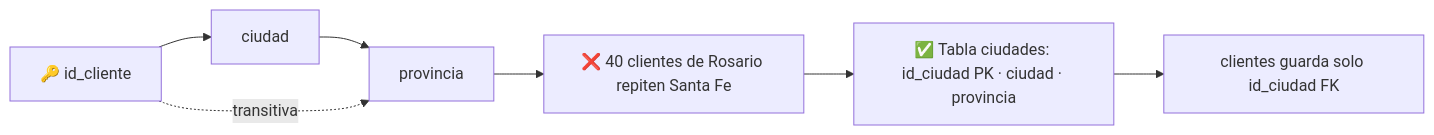
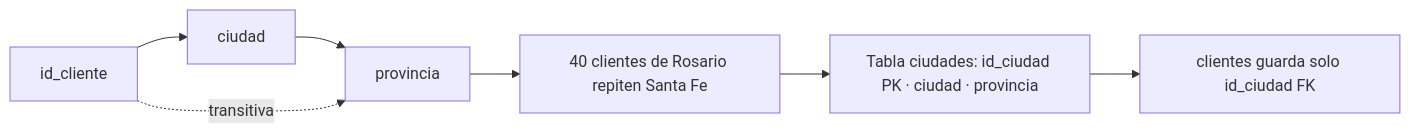
Before and after one commit to leanaraque/data_analytics_2026: diagram 17 of 18 in documentacion/Semana-02-Esquemas-Conceptos.md, drawn with Mermaid. The commit also changed other lines of this file and 109 other files, not shown here.

````diff
--- a/documentacion/Semana-02-Esquemas-Conceptos.md
+++ b/documentacion/Semana-02-Esquemas-Conceptos.md
@@ -333,10 +333,10 @@
 ```mermaid
 flowchart LR
-    A["🔑 id_cliente"] --> B["ciudad"]
+    A["id_cliente"] --> B["ciudad"]
     B --> C["provincia"]
     A -. "transitiva" .-> C
 
-    C --> D["❌ 40 clientes de Rosario repiten Santa Fe"]
-    D --> E["✅ Tabla ciudades: id_ciudad PK · ciudad · provincia"]
+    C --> D["40 clientes de Rosario repiten Santa Fe"]
+    D --> E["Tabla ciudades: id_ciudad PK · ciudad · provincia"]
     E --> F["clientes guarda solo id_ciudad FK"]
 ```
````
